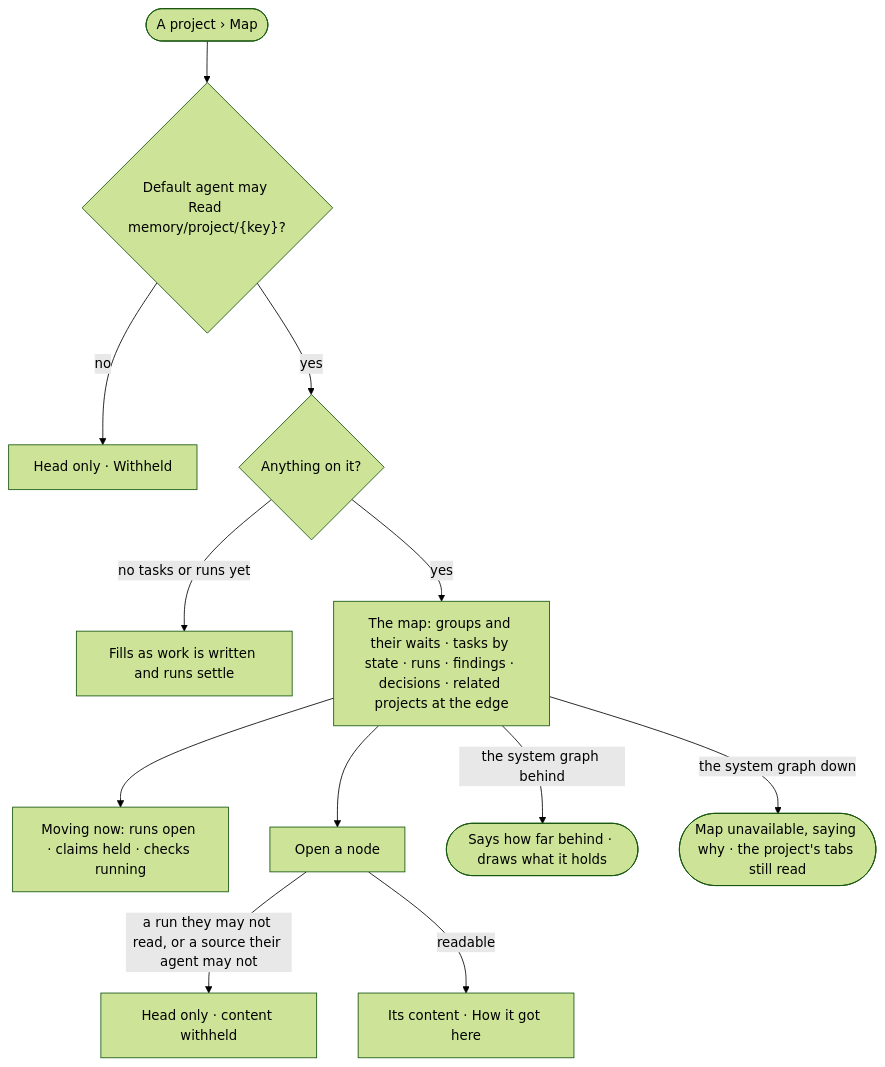
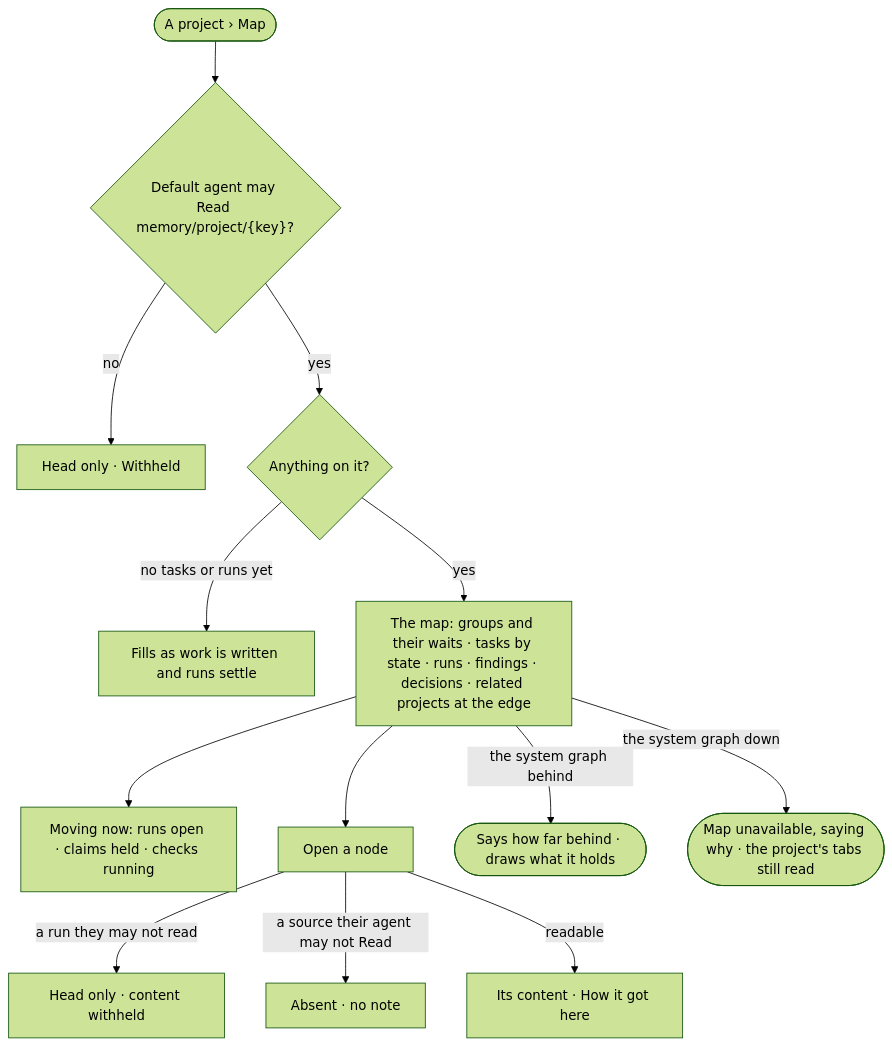
One commit to invana/invana changed the diagram in specs/os/graph/features/GP-F02-memory/stories/GP-08-see-a-project-as-a-map-and-what-is-moving-on-it/story.md. Above: the diagram before and after it, drawn with Mermaid (forest theme). The commit also changed other lines of this file and 69 other files, not shown here.

````diff
--- a/specs/os/graph/features/GP-F02-memory/stories/GP-08-see-a-project-as-a-map-and-what-is-moving-on-it/story.md
+++ b/specs/os/graph/features/GP-F02-memory/stories/GP-08-see-a-project-as-a-map-and-what-is-moving-on-it/story.md
@@ -31,14 +31,15 @@
 ```mermaid
 flowchart TD
   s([A project › Map]) --> rd{"Default agent may Read memory/project/{key}?"}
   rd -->|no| wh["Head only · Withheld"]
   rd -->|yes| any{"Anything on it?"}
   any -->|no tasks or runs yet| fu["Fills as work is written and runs settle"]
   any -->|yes| map["The map: groups and their waits · tasks by state · runs · findings · decisions · related projects at the edge"]
   map --> mv["Moving now: runs open · claims held · checks running"]
   map --> node["Open a node"]
-  node -->|a run they may not read, or a source their agent may not| hd["Head only · content withheld"]
+  node -->|a run they may not read| hd["Head only · content withheld"]
+  node -->|a source their agent may not Read| ha["Absent · no note"]
   node -->|readable| full["Its content · How it got here"]
   map -->|the system graph behind| bh(["Says how far behind · draws what it holds"])
   map -->|the system graph down| dn(["Map unavailable, saying why · the project's tabs still read"])
 ```
````
